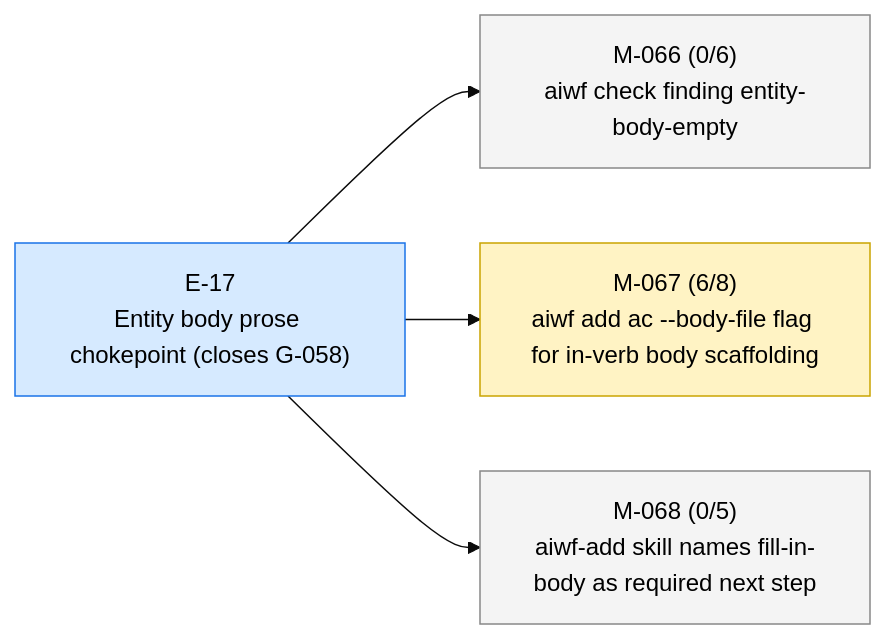
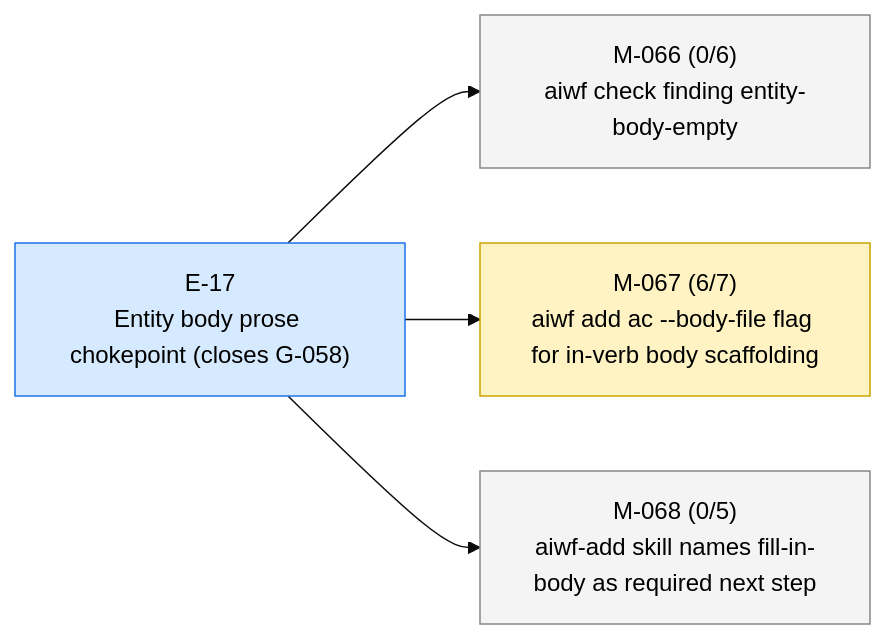
One commit to 23min/aiwf changed the first of 4 diagrams in STATUS.md. Above: the diagram before and after it, drawn with Mermaid (base theme). The commit also changed other lines of this file and 1 other file, not shown here.

First line of the commit message:
aiwf cancel M-067/AC-7 -> cancelled

````diff
--- a/STATUS.md
+++ b/STATUS.md
@@ -13,16 +13,16 @@
 ```mermaid
 flowchart LR
   E_17["E-17<br/>Entity body prose chokepoint (closes G-058)"]:::epic_active
   M_066["M-066 (0/6)<br/>aiwf check finding entity-body-empty"]:::ms_draft
   E_17 --> M_066
-  M_067["M-067 (6/8)<br/>aiwf add ac --body-file flag for in-verb body scaffolding"]:::ms_in_progress
+  M_067["M-067 (6/7)<br/>aiwf add ac --body-file flag for in-verb body scaffolding"]:::ms_in_progress
   E_17 --> M_067
   M_068["M-068 (0/5)<br/>aiwf-add skill names fill-in-body as required next step"]:::ms_draft
   E_17 --> M_068
   classDef epic_active fill:#d6eaff,stroke:#1a73e8,color:#000
   classDef epic_proposed fill:#f4f4f4,stroke:#888,color:#000
   classDef ms_done fill:#d8f5d8,stroke:#2a8a2a,color:#000
   classDef ms_in_progress fill:#fff3c4,stroke:#caa400,color:#000
   classDef ms_draft fill:#f4f4f4,stroke:#888,color:#000
   classDef ms_cancelled fill:#fbeaea,stroke:#c33,color:#000
 ```
````
